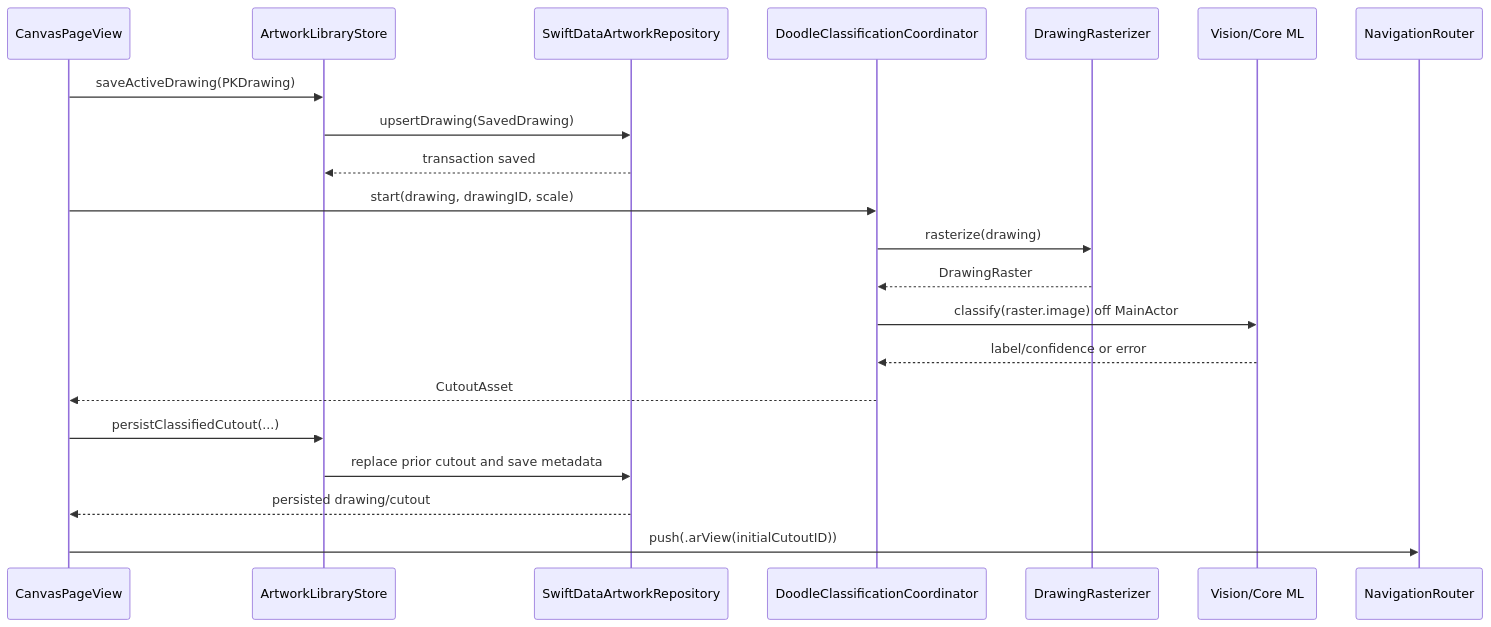
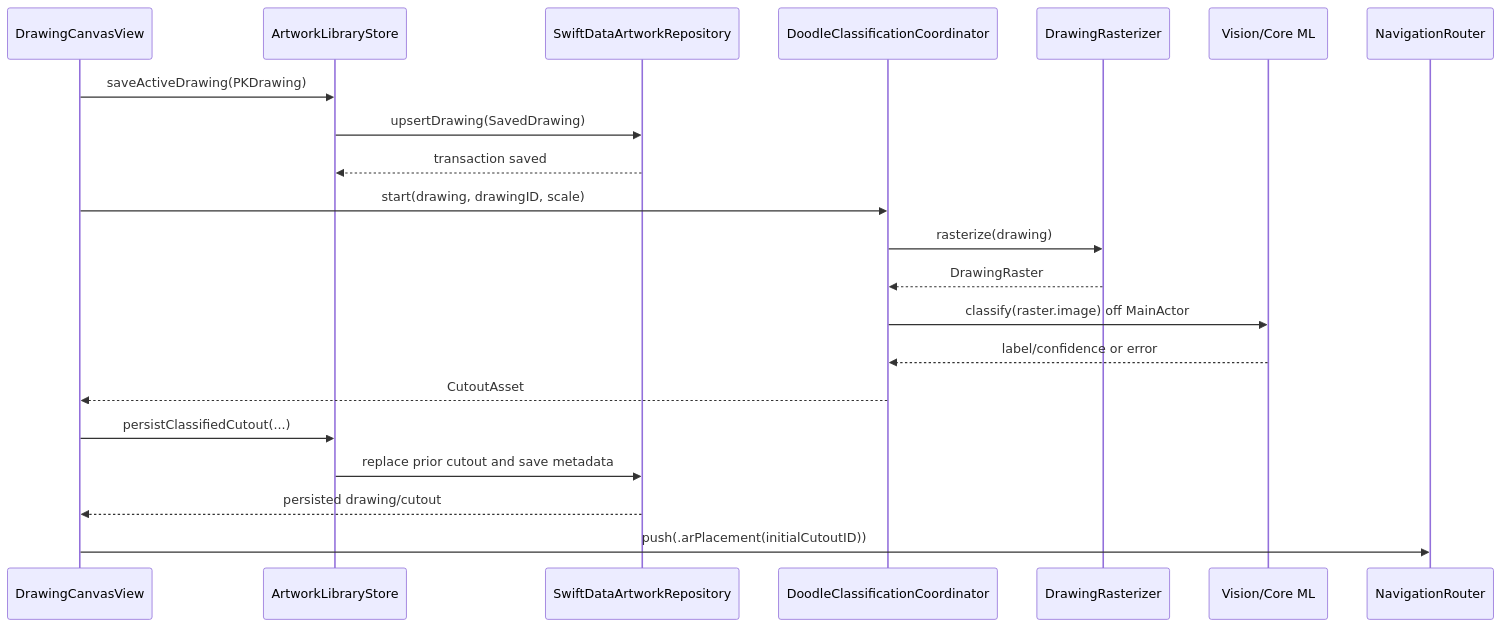
Before and after one commit to dimaswisodewo/Animagic: the second of 2 diagrams in docs/HAND_DRAWING_TO_ANIMATED_AR.md, drawn with Mermaid. The commit also changed other lines of this file and 112 other files, not shown here.

````diff
--- a/docs/HAND_DRAWING_TO_ANIMATED_AR.md
+++ b/docs/HAND_DRAWING_TO_ANIMATED_AR.md
@@ -61,24 +61,24 @@
 ```mermaid
 sequenceDiagram
-    participant UI as CanvasPageView
+    participant UI as DrawingCanvasView
     participant Store as ArtworkLibraryStore
     participant Repo as SwiftDataArtworkRepository
     participant Coordinator as DoodleClassificationCoordinator
     participant Raster as DrawingRasterizer
     participant ML as Vision/Core ML
     participant Router as NavigationRouter
 
     UI->>Store: saveActiveDrawing(PKDrawing)
     Store->>Repo: upsertDrawing(SavedDrawing)
     Repo-->>Store: transaction saved
     UI->>Coordinator: start(drawing, drawingID, scale)
     Coordinator->>Raster: rasterize(drawing)
     Raster-->>Coordinator: DrawingRaster
     Coordinator->>ML: classify(raster.image) off MainActor
     ML-->>Coordinator: label/confidence or error
     Coordinator-->>UI: CutoutAsset
     UI->>Store: persistClassifiedCutout(...)
     Store->>Repo: replace prior cutout and save metadata
     Repo-->>UI: persisted drawing/cutout
-    UI->>Router: push(.arView(initialCutoutID))
+    UI->>Router: push(.arPlacement(initialCutoutID))
 ```
````
